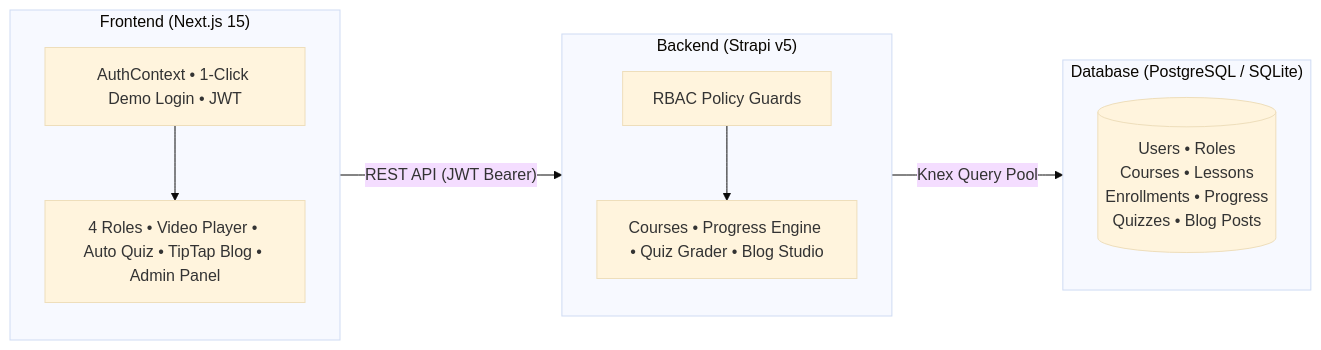
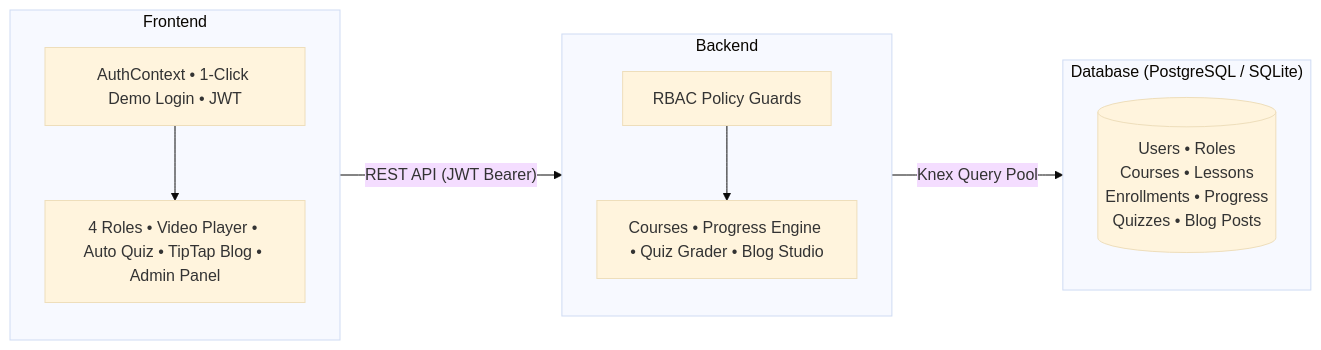
Before and after one commit to ahad-cse/pathshala-lms: the diagram in README.md, drawn with Mermaid (base theme).

Commit message:
docs: polish architecture flowchart labels in README

````diff
--- a/README.md
+++ b/README.md
@@ -24,30 +24,30 @@
 ```mermaid
 flowchart LR
     %% Client Tier
-    subgraph Client ["Frontend (Next.js 15)"]
+    subgraph Client ["Frontend"]
         direction TB
         Auth["AuthContext • 1-Click Demo Login • JWT"]
         UI["4 Roles • Video Player • Auto Quiz • TipTap Blog • Admin Panel"]
         Auth --> UI
     end
 
     %% Transport 1
     Client -->|"REST API (JWT Bearer)"| API
 
     %% Backend Tier
-    subgraph API ["Backend (Strapi v5)"]
+    subgraph API ["Backend"]
         direction TB
         RBAC["RBAC Policy Guards"]
         Services["Courses • Progress Engine • Quiz Grader • Blog Studio"]
         RBAC --> Services
     end
 
     %% Transport 2
     API -->|"Knex Query Pool"| DB
 
     %% Database Tier
     subgraph DB ["Database (PostgreSQL / SQLite)"]
         direction TB
         Tables[("Users • Roles<br/>Courses • Lessons<br/>Enrollments • Progress<br/>Quizzes • Blog Posts")]
     end
 ```
````
